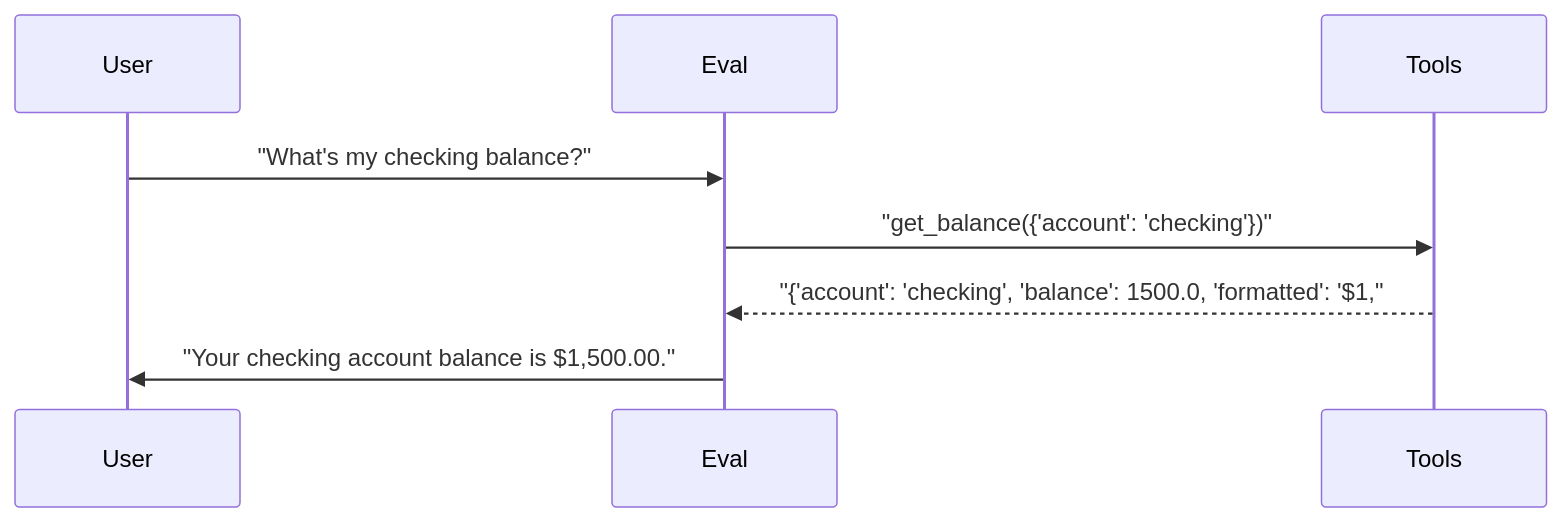
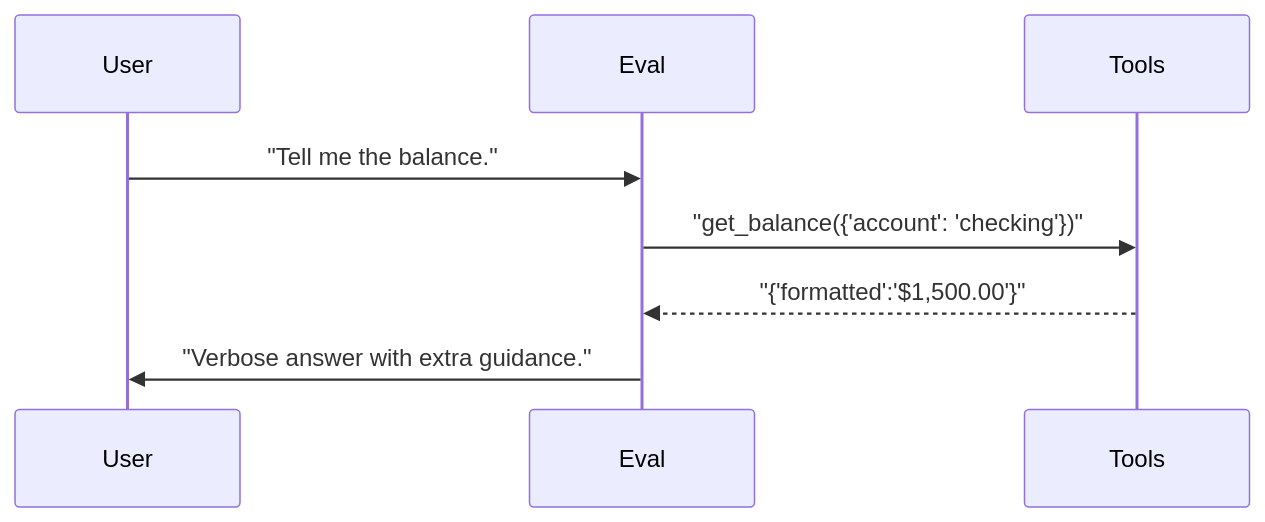
Before and after one commit to sbroenne/pytest-skill-engineering: the first of 2 diagrams in docs/reports/09_ab_servers.md, drawn with Mermaid. The commit also changed other lines of this file and 137 other files, not shown here.

````diff
--- a/docs/reports/09_ab_servers.md
+++ b/docs/reports/09_ab_servers.md
@@ -128,11 +60,11 @@
 ```mermaid
 sequenceDiagram
     participant User
     participant Eval
     participant Tools
 
-    User->>Eval: "What's my checking balance?"
+    User->>Eval: "Tell me the balance."
     Eval->>Tools: "get_balance({'account': 'checking'})"
-    Tools-->>Eval: "{'account': 'checking', 'balance': 1500.0, 'formatted': '$1,"
-    Eval->>User: "Your checking account balance is $1,500.00."
+    Tools-->>Eval: "{'formatted':'$1,500.00'}"
+    Eval->>User: "Verbose answer with extra guidance."
 ```
````
